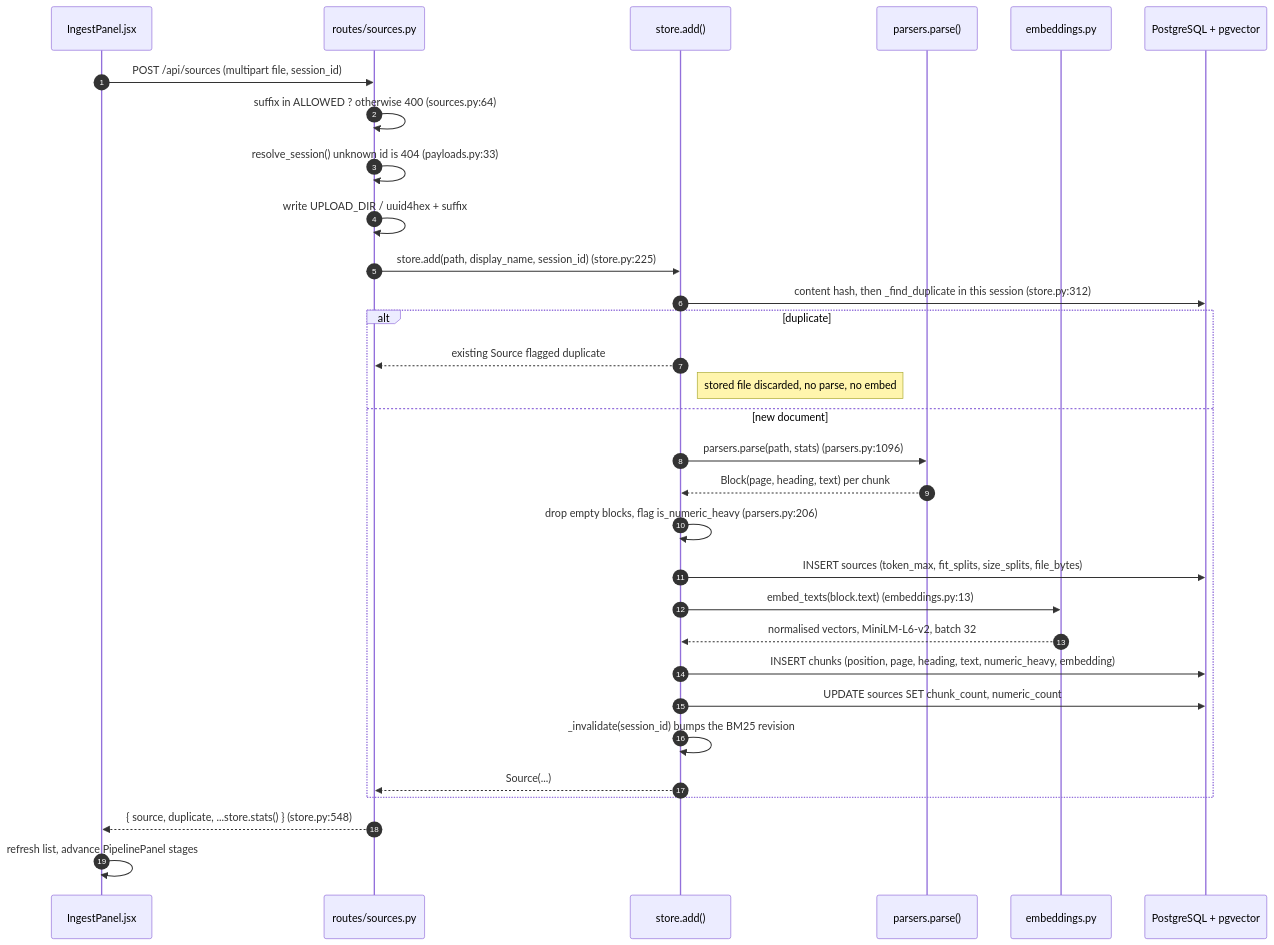
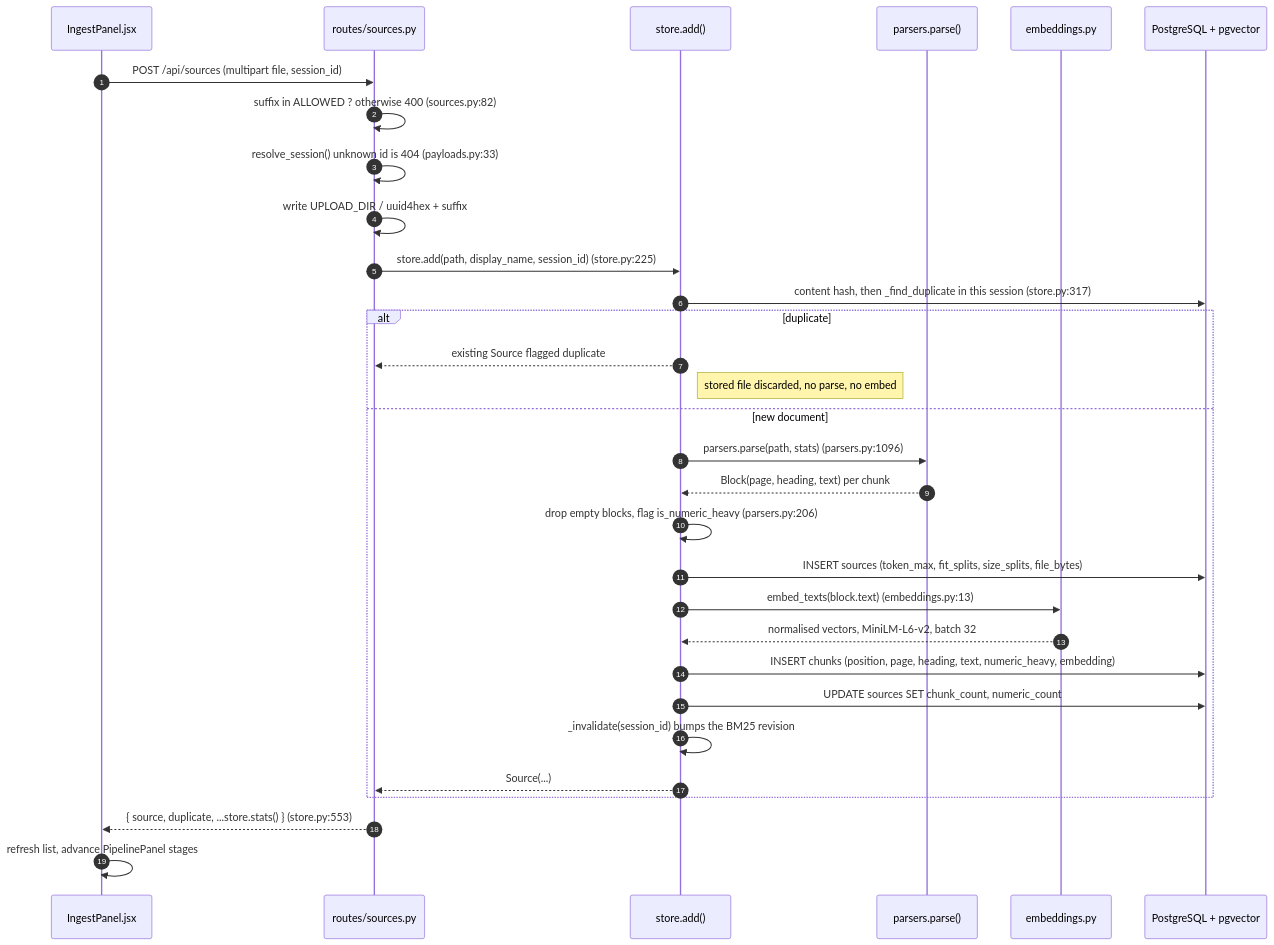
One commit to memoona-zahur/NotebookLM changed the first of 4 diagrams in ARCHITECTURE.md. Above: the diagram before and after it, drawn with Mermaid. The commit also changed other lines of this file and 17 other files, not shown here.

````diff
--- a/ARCHITECTURE.md
+++ b/ARCHITECTURE.md
@@ -72,34 +72,34 @@
 ```mermaid
 sequenceDiagram
     autonumber
     participant UI as IngestPanel.jsx
     participant API as routes/sources.py
     participant ST as store.add()
     participant PR as parsers.parse()
     participant EM as embeddings.py
     participant DB as PostgreSQL + pgvector
 
     UI->>API: POST /api/sources (multipart file, session_id)
-    API->>API: suffix in ALLOWED ? otherwise 400 (sources.py:64)
+    API->>API: suffix in ALLOWED ? otherwise 400 (sources.py:82)
     API->>API: resolve_session() unknown id is 404 (payloads.py:33)
     API->>API: write UPLOAD_DIR / uuid4hex + suffix
     API->>ST: store.add(path, display_name, session_id) (store.py:225)
-    ST->>DB: content hash, then _find_duplicate in this session (store.py:312)
+    ST->>DB: content hash, then _find_duplicate in this session (store.py:317)
     alt duplicate
         ST-->>API: existing Source flagged duplicate
         Note right of ST: stored file discarded, no parse, no embed
     else new document
         ST->>PR: parsers.parse(path, stats) (parsers.py:1096)
         PR-->>ST: Block(page, heading, text) per chunk
         ST->>ST: drop empty blocks, flag is_numeric_heavy (parsers.py:206)
         ST->>DB: INSERT sources (token_max, fit_splits, size_splits, file_bytes)
         ST->>EM: embed_texts(block.text) (embeddings.py:13)
         EM-->>ST: normalised vectors, MiniLM-L6-v2, batch 32
         ST->>DB: INSERT chunks (position, page, heading, text, numeric_heavy, embedding)
         ST->>DB: UPDATE sources SET chunk_count, numeric_count
         ST->>ST: _invalidate(session_id) bumps the BM25 revision
         ST-->>API: Source(...)
     end
-    API-->>UI: { source, duplicate, ...store.stats() } (store.py:548)
+    API-->>UI: { source, duplicate, ...store.stats() } (store.py:553)
     UI->>UI: refresh list, advance PipelinePanel stages
 ```
````
